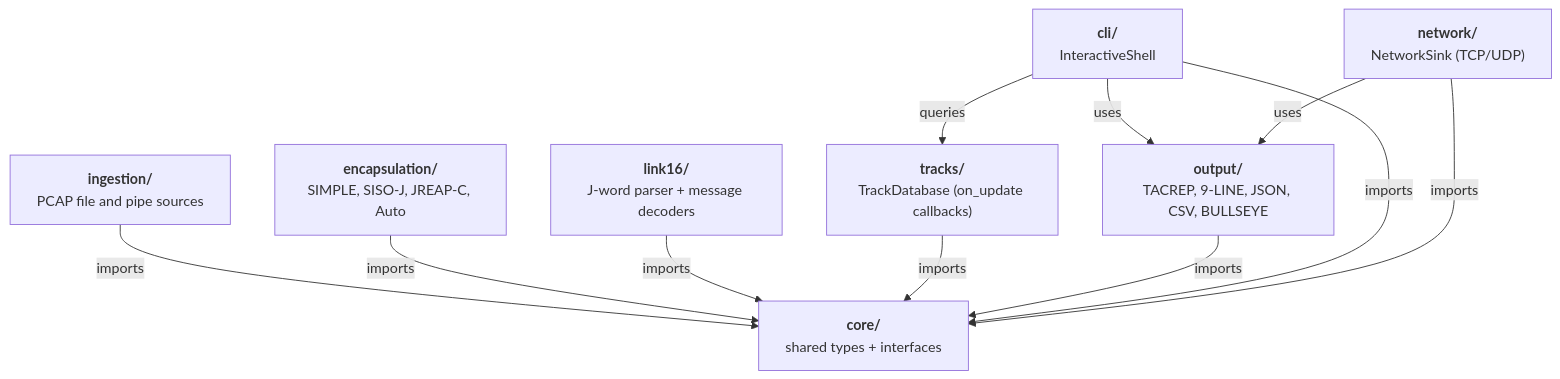
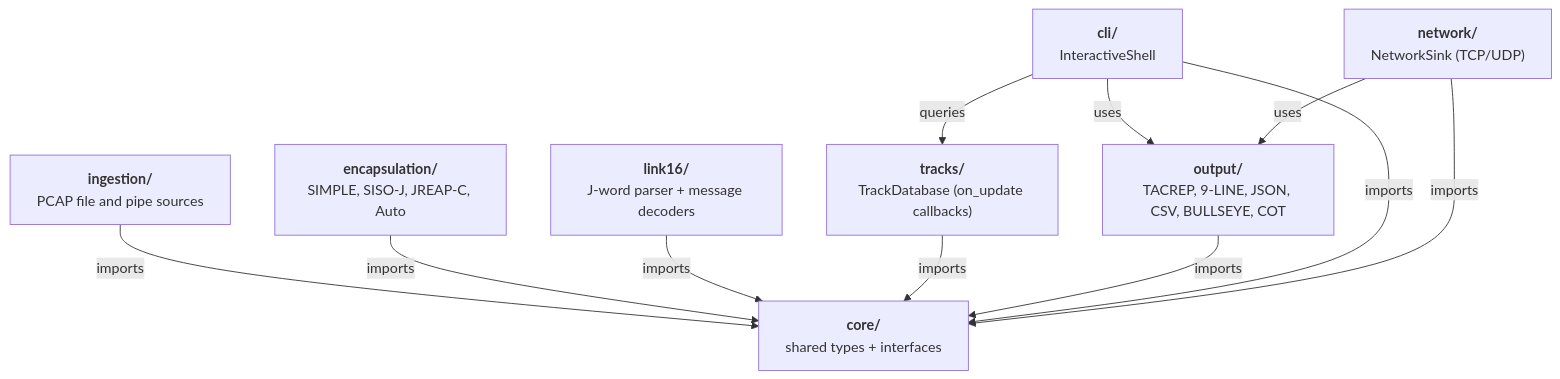
The third of 5 diagrams in ARCHITECTURE.md (tellerj/parser), drawn with Mermaid before and after one commit. The commit also changed other lines of this file and 5 other files, not shown here.

````diff
--- a/ARCHITECTURE.md
+++ b/ARCHITECTURE.md
@@ -119,16 +119,16 @@
 ```mermaid
 graph TB
     core["<b>core/</b><br/>shared types + interfaces"]
     ingestion["<b>ingestion/</b><br/>PCAP file and pipe sources"]
     encapsulation["<b>encapsulation/</b><br/>SIMPLE, SISO-J, JREAP-C, Auto"]
     link16["<b>link16/</b><br/>J-word parser + message decoders"]
     tracks["<b>tracks/</b><br/>TrackDatabase (on_update callbacks)"]
-    output["<b>output/</b><br/>TACREP, 9-LINE, JSON, CSV, BULLSEYE"]
+    output["<b>output/</b><br/>TACREP, 9-LINE, JSON, CSV, BULLSEYE, COT"]
     cli["<b>cli/</b><br/>InteractiveShell"]
     network["<b>network/</b><br/>NetworkSink (TCP/UDP)"]
 
     ingestion & encapsulation & link16 & tracks & output & cli & network -->|"imports"| core
     cli -->|"queries"| tracks
     cli -->|"uses"| output
     network -->|"uses"| output
 ```
````
